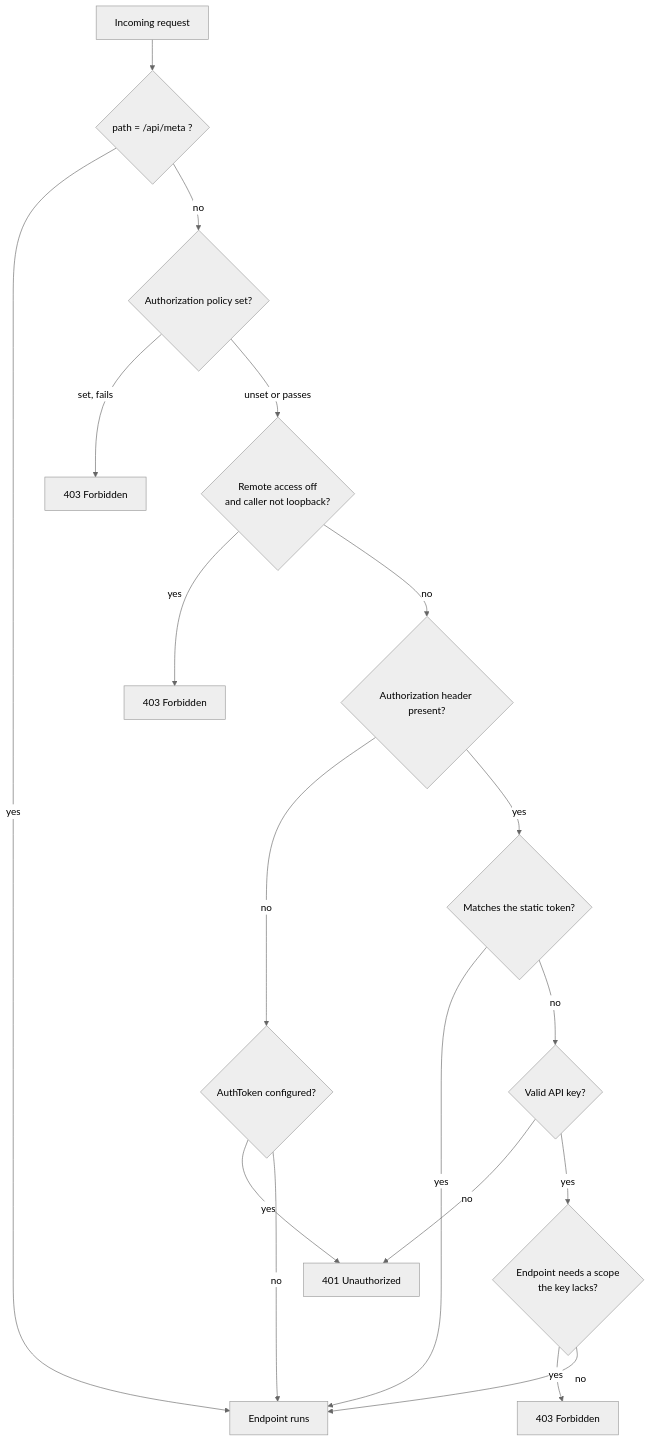
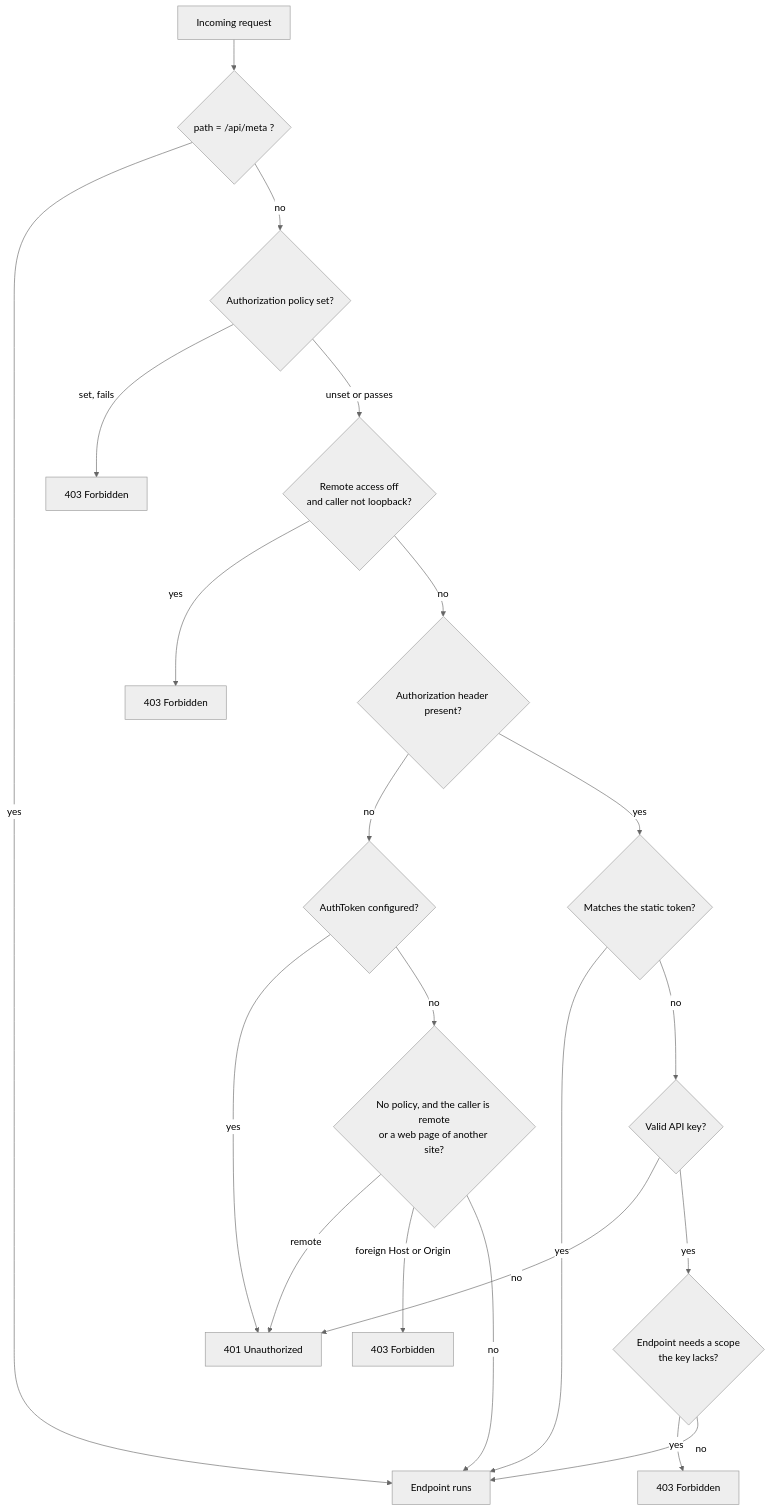
Before and after one commit to farukatasoy/Tracon: the diagram in docs-site/src/content/docs/getting-started/security.md, drawn with Mermaid (neutral theme). The commit also changed other lines of this file and 52 other files, not shown here.

````diff
--- a/docs-site/src/content/docs/getting-started/security.md
+++ b/docs-site/src/content/docs/getting-started/security.md
@@ -17,22 +17,25 @@
 ```mermaid
 flowchart TD
     accTitle: HTTP authorization layers
     accDescr: A request passes authentication, role policy, optional API-key scope, and optional tenant isolation before an endpoint runs.
     REQ["Incoming request"] --> META{"path = /api/meta ?"}
     META -->|yes| OK["Endpoint runs"]
     META -->|no| POL{"Authorization policy set?"}
     POL -->|"set, fails"| F403["403 Forbidden"]
     POL -->|"unset or passes"| LB{"Remote access off<br/>and caller not loopback?"}
     LB -->|yes| F403b["403 Forbidden"]
     LB -->|no| HDR{"Authorization header present?"}
     HDR -->|no| TOKU{"AuthToken configured?"}
     TOKU -->|yes| F401["401 Unauthorized"]
-    TOKU -->|no| OK
+    TOKU -->|no| ANON{"No policy, and the caller is remote<br/>or a web page of another site?"}
+    ANON -->|"remote"| F401
+    ANON -->|"foreign Host or Origin"| F403d["403 Forbidden"]
+    ANON -->|no| OK
     HDR -->|yes| TOK{"Matches the static token?"}
     TOK -->|yes| OK
     TOK -->|no| KEY{"Valid API key?"}
     KEY -->|no| F401
     KEY -->|yes| SC{"Endpoint needs a scope<br/>the key lacks?"}
     SC -->|yes| F403c["403 Forbidden"]
     SC -->|no| OK
 ```
````
